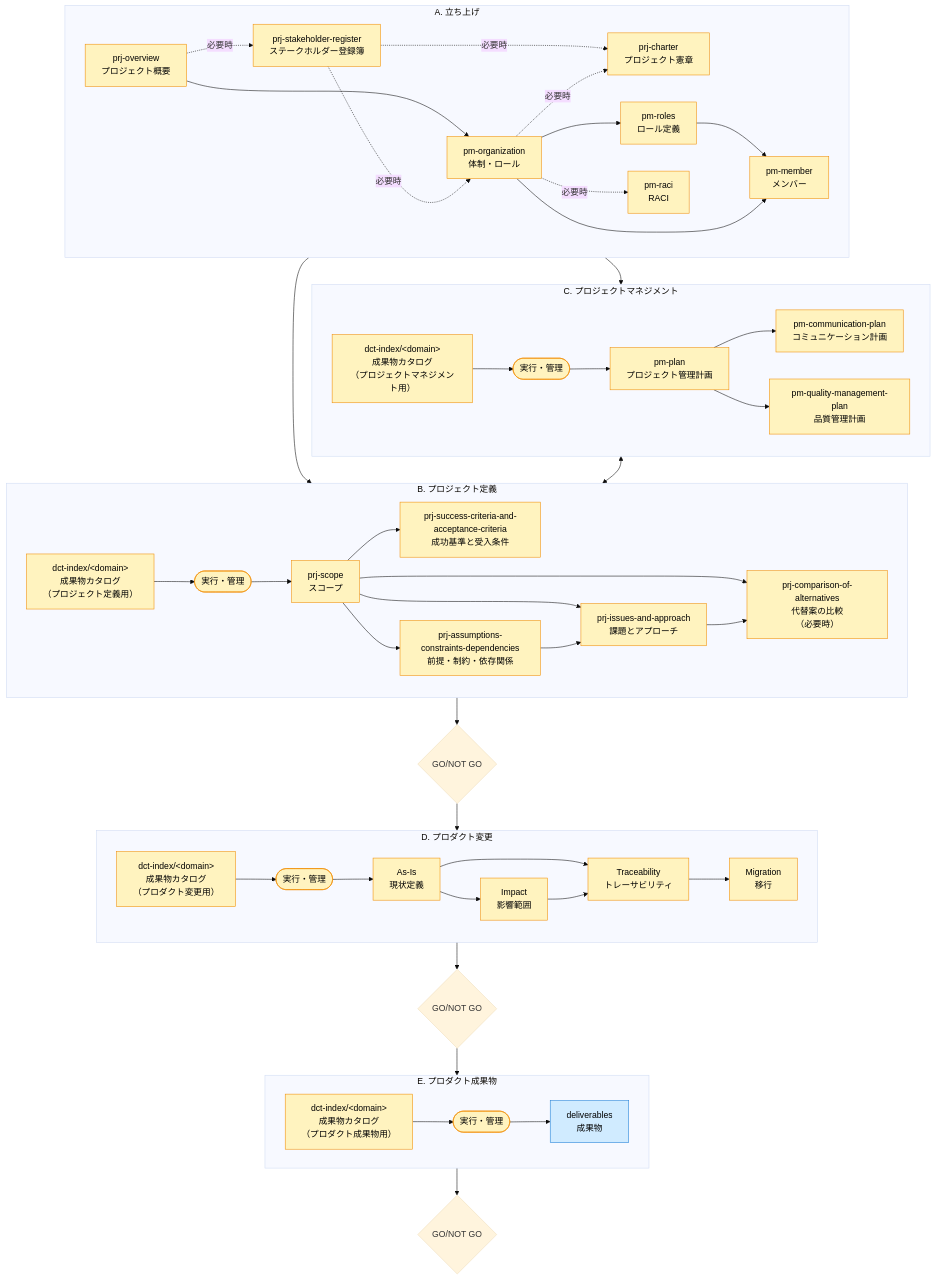
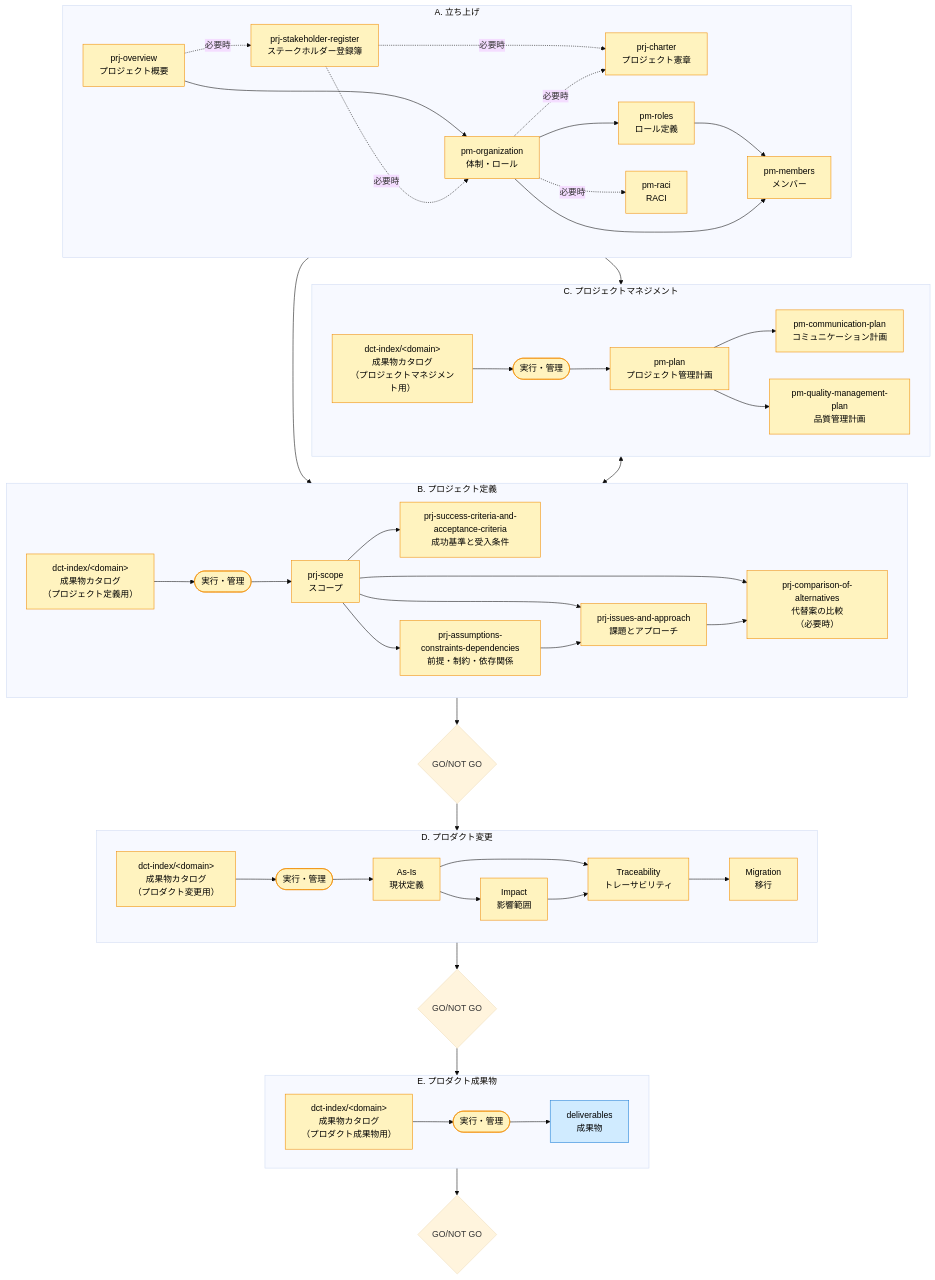
The third of 4 diagrams in docs/ja/specdojo/guidelines/docs-structure-guide.md (specdojo/specdojo-handbook), drawn with Mermaid (base theme) before and after one commit. The commit also changed 2 other files, not shown here.

Commit message:
docs(ai-update): stakeholder-registerにroleを明記

```diff
--- a/docs/ja/specdojo/guidelines/docs-structure-guide.md
+++ b/docs/ja/specdojo/guidelines/docs-structure-guide.md
@@ -323,7 +323,7 @@
     CH["prj-charter<br/>プロジェクト憲章"]
     ORG["pm-organization<br/>体制・ロール"]
     RL["pm-roles<br/>ロール定義"]
-    MEM["pm-member<br/>メンバー"]
+    MEM["pm-members<br/>メンバー"]
     RAC["pm-raci<br/>RACI"]
     OV --> ORG
     OV -.必要時.-> SR -.必要時.-> CH
```
